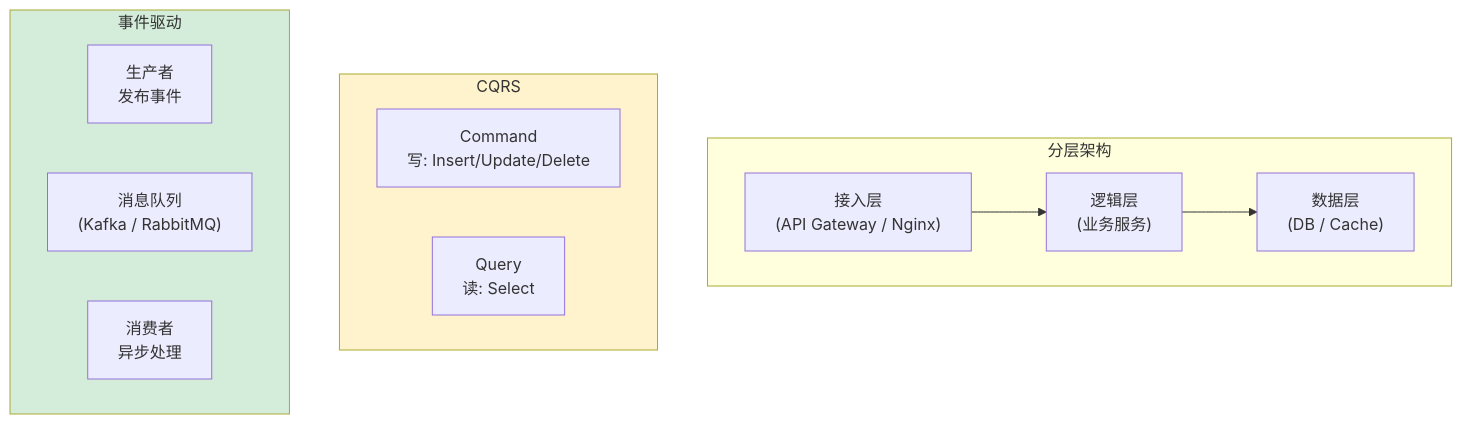
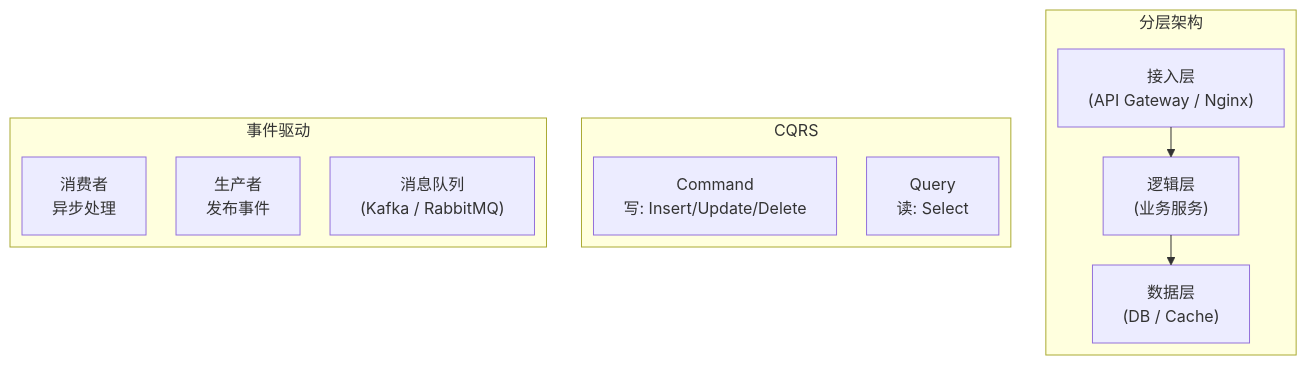
One commit to ziyan-cs/obsidian-coding-notes changed the diagram in 05-Network Programming (网络编程)/04 · 服务器设计模式/14-Backend Architecture Patterns：分层架构, CQRS, 事件驱动 (后端架构模式) ⭐.md. Above: the diagram before and after it, drawn with Mermaid. The commit also changed 37 other files, not shown here.

````diff
--- a/05-Network Programming (网络编程)/04 · 服务器设计模式/14-Backend Architecture Patterns：分层架构, CQRS, 事件驱动 (后端架构模式) ⭐.md
+++ b/05-Network Programming (网络编程)/04 · 服务器设计模式/14-Backend Architecture Patterns：分层架构, CQRS, 事件驱动 (后端架构模式) ⭐.md
@@ -13,23 +13,22 @@
 ```mermaid
+%%{init: {"flowchart": {"defaultRenderer": "elk", "curve": "monotoneX"}} }%%
 graph TD
     subgraph Layered["分层架构"]
         L1["接入层<br/>(API Gateway / Nginx)"]
         L2["逻辑层<br/>(业务服务)"]
         L3["数据层<br/>(DB / Cache)"]
     end
     subgraph CQRS["CQRS"]
         CMD["Command<br/>写: Insert/Update/Delete"]
         QRY["Query<br/>读: Select"]
     end
     subgraph Event["事件驱动"]
         PROD["生产者<br/>发布事件"]
         MQ["消息队列<br/>(Kafka / RabbitMQ)"]
         CONS["消费者<br/>异步处理"]
     end
     
     L1 --> L2
     L2 --> L3
     
-    style CQRS fill:#fff3cd
-    style Event fill:#d4edda
 ```
````
